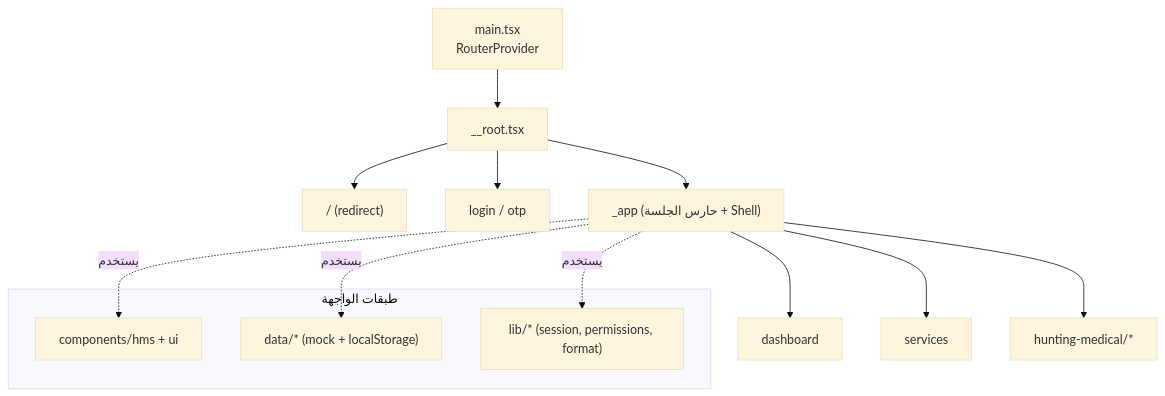
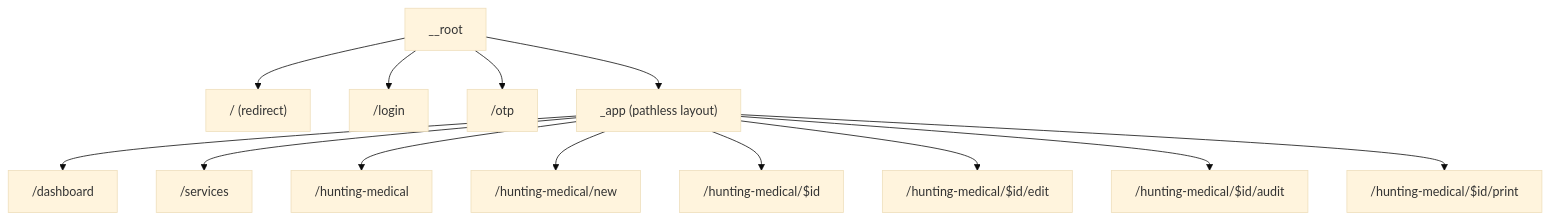
One commit to azizmf1/azizmf1 changed the third of 11 diagrams in ARCHITECTURE.md. Above: the diagram before and after it, drawn with Mermaid (base theme). The commit also changed other lines of this file, not shown here.

First line of the commit message:
docs: rewrite ARCHITECTURE.md in English, comprehensive (C4, ADRs, NFRs)

````diff
--- a/ARCHITECTURE.md
+++ b/ARCHITECTURE.md
@@ -90,19 +209,15 @@
 ```mermaid
 graph TD
-  main["main.tsx<br/>RouterProvider"] --> root["__root.tsx"]
-  root --> idx["/ (redirect)"]
-  root --> auth["login / otp"]
-  root --> app["_app (حارس الجلسة + Shell)"]
-  app --> dash["dashboard"]
-  app --> svc["services"]
-  app --> hm["hunting-medical/*"]
-
-  subgraph layers["طبقات الواجهة"]
-    comp["components/hms + ui"]
-    data["data/* (mock + localStorage)"]
-    lib["lib/* (session, permissions, format)"]
-  end
-  app -.يستخدم.-> comp
-  app -.يستخدم.-> data
-  app -.يستخدم.-> lib
+  root["__root"] --> idx["/ (redirect)"]
+  root --> login["/login"]
+  root --> otp["/otp"]
+  root --> app["_app (pathless layout)"]
+  app --> dash["/dashboard"]
+  app --> svc["/services"]
+  app --> list["/hunting-medical"]
+  app --> new["/hunting-medical/new"]
+  app --> view["/hunting-medical/$id"]
+  app --> edit["/hunting-medical/$id/edit"]
+  app --> audit["/hunting-medical/$id/audit"]
+  app --> print["/hunting-medical/$id/print"]
 ```
````
